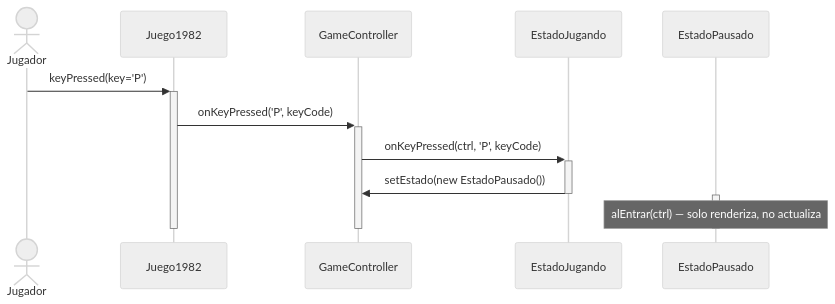
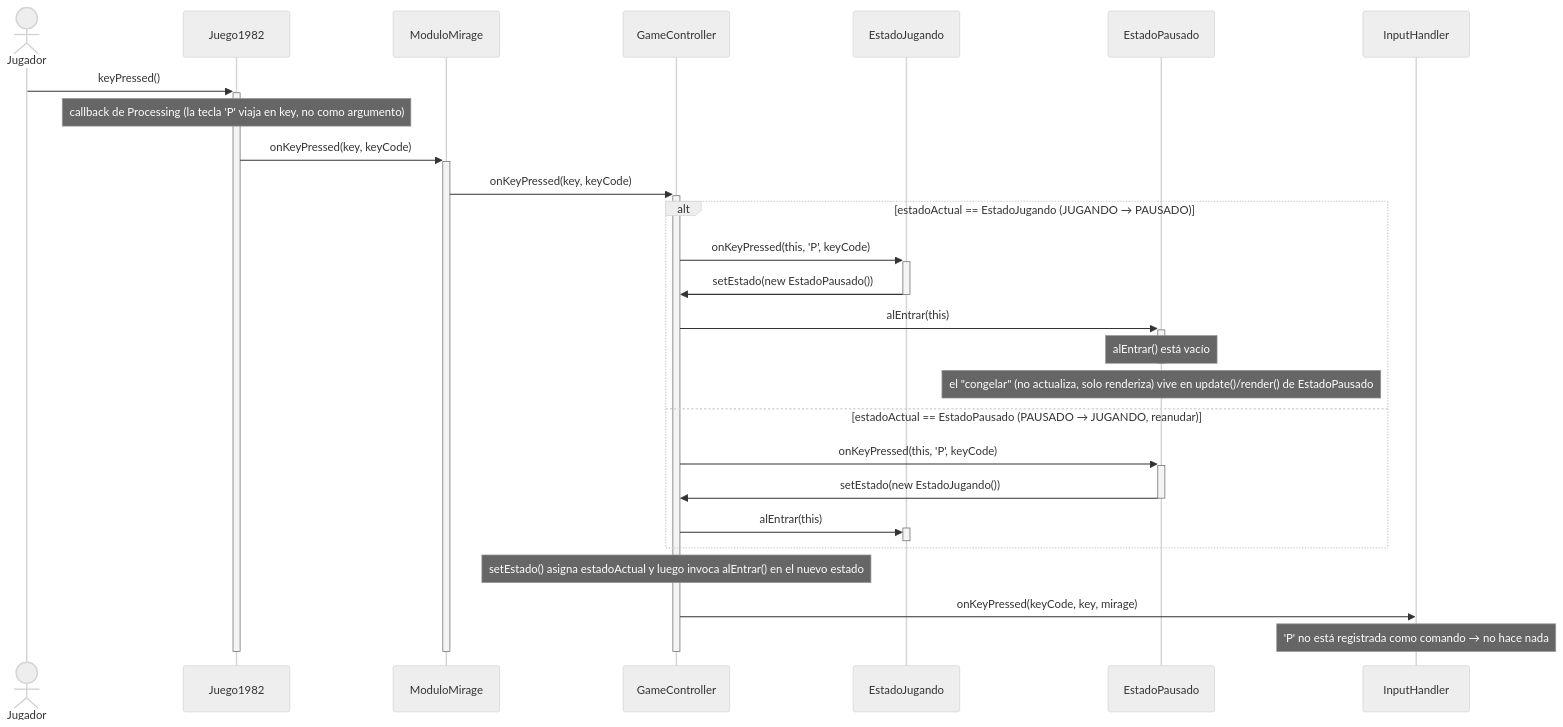
Before and after one commit to Christian-Rojas-Rodriguez/juego-1982: the fourth of 9 diagrams in docs/v1/analisis/casos-de-uso.md, drawn with Mermaid (neutral theme). The commit also changed other lines of this file and 12 other files, not shown here.

First line of the commit message:
fix+docs: sincronizar diagramas v1 con el codigo, fixes de auditoria y warnings

````diff
--- a/docs/v1/analisis/casos-de-uso.md
+++ b/docs/v1/analisis/casos-de-uso.md
@@ -132,19 +159,37 @@
 ```mermaid
 sequenceDiagram
     actor Jugador
     participant Juego1982
+    participant ModuloMirage
     participant GameController
     participant EstadoJugando
     participant EstadoPausado
 
-    Jugador->>+Juego1982: keyPressed(key='P')
-    Juego1982->>+GameController: onKeyPressed('P', keyCode)
-    GameController->>+EstadoJugando: onKeyPressed(ctrl, 'P', keyCode)
-    EstadoJugando->>GameController: setEstado(new EstadoPausado())
-    deactivate EstadoJugando
-    activate EstadoPausado
-    Note over EstadoPausado: alEntrar(ctrl) — solo renderiza, no actualiza
-    deactivate EstadoPausado
+    Jugador->>+Juego1982: keyPressed()
+    Note over Juego1982: callback de Processing (la tecla 'P' viaja en key, no como argumento)
+    Juego1982->>+ModuloMirage: onKeyPressed(key, keyCode)
+    ModuloMirage->>+GameController: onKeyPressed(key, keyCode)
+
+    alt estadoActual == EstadoJugando (JUGANDO → PAUSADO)
+        GameController->>+EstadoJugando: onKeyPressed(this, 'P', keyCode)
+        EstadoJugando->>GameController: setEstado(new EstadoPausado())
+        deactivate EstadoJugando
+        GameController->>+EstadoPausado: alEntrar(this)
+        Note over EstadoPausado: alEntrar() está vacío
+        deactivate EstadoPausado
+        Note over EstadoPausado: el "congelar" (no actualiza, solo renderiza) vive en update()/render() de EstadoPausado
+    else estadoActual == EstadoPausado (PAUSADO → JUGANDO, reanudar)
+        GameController->>+EstadoPausado: onKeyPressed(this, 'P', keyCode)
+        EstadoPausado->>GameController: setEstado(new EstadoJugando())
+        deactivate EstadoPausado
+        GameController->>+EstadoJugando: alEntrar(this)
+        deactivate EstadoJugando
+    end
+
+    Note over GameController: setEstado() asigna estadoActual y luego invoca alEntrar() en el nuevo estado
+    GameController->>InputHandler: onKeyPressed(keyCode, key, mirage)
+    Note over InputHandler: 'P' no está registrada como comando → no hace nada
     deactivate GameController
+    deactivate ModuloMirage
     deactivate Juego1982
 ```
````
